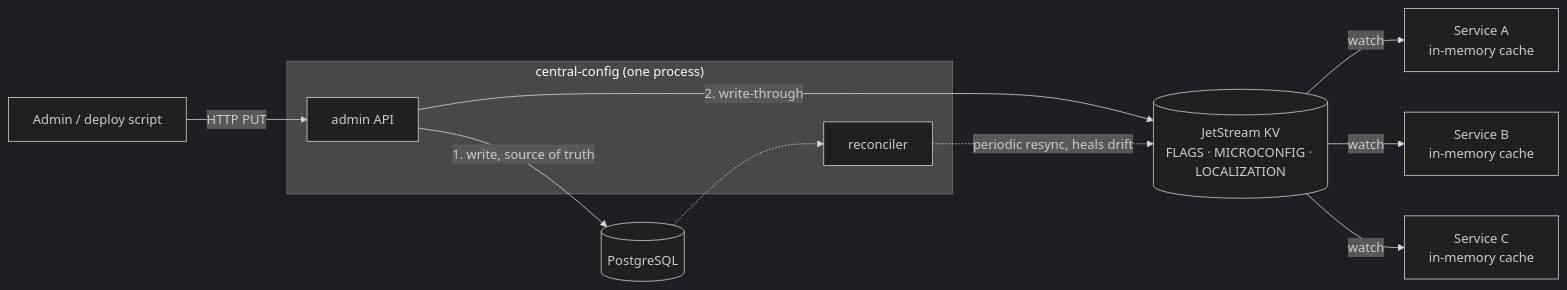
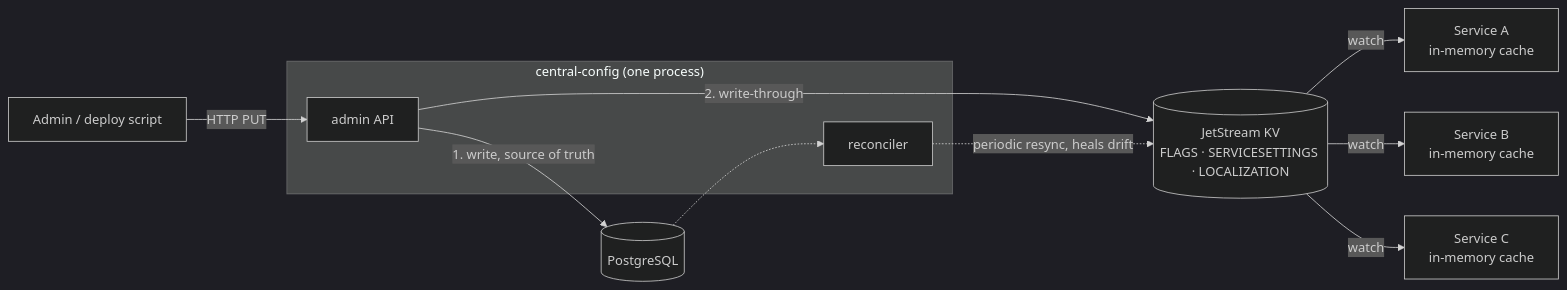
The diagram in README.md (AliAladraj/Central-Config-Stream), drawn with Mermaid (dark theme) before and after one commit. The commit also changed other lines of this file and 54 other files, not shown here.

````diff
--- a/README.md
+++ b/README.md
@@ -39,17 +39,17 @@
 ```mermaid
 flowchart LR
     admin[Admin / deploy script] -->|HTTP PUT| cc
 
     subgraph proc["central-config (one process)"]
         cc[admin API]
         rec[reconciler]
     end
 
     cc -->|1. write, source of truth| pg[(PostgreSQL)]
-    cc -->|2. write-through| kv[(JetStream KV<br/>FLAGS · MICROCONFIG · LOCALIZATION)]
+    cc -->|2. write-through| kv[(JetStream KV<br/>FLAGS · SERVICESETTINGS · LOCALIZATION)]
     rec -.->|periodic resync, heals drift| kv
     pg -.-> rec
     kv -->|watch| s1[Service A<br/>in-memory cache]
     kv -->|watch| s2[Service B<br/>in-memory cache]
     kv -->|watch| s3[Service C<br/>in-memory cache]
 ```
````
